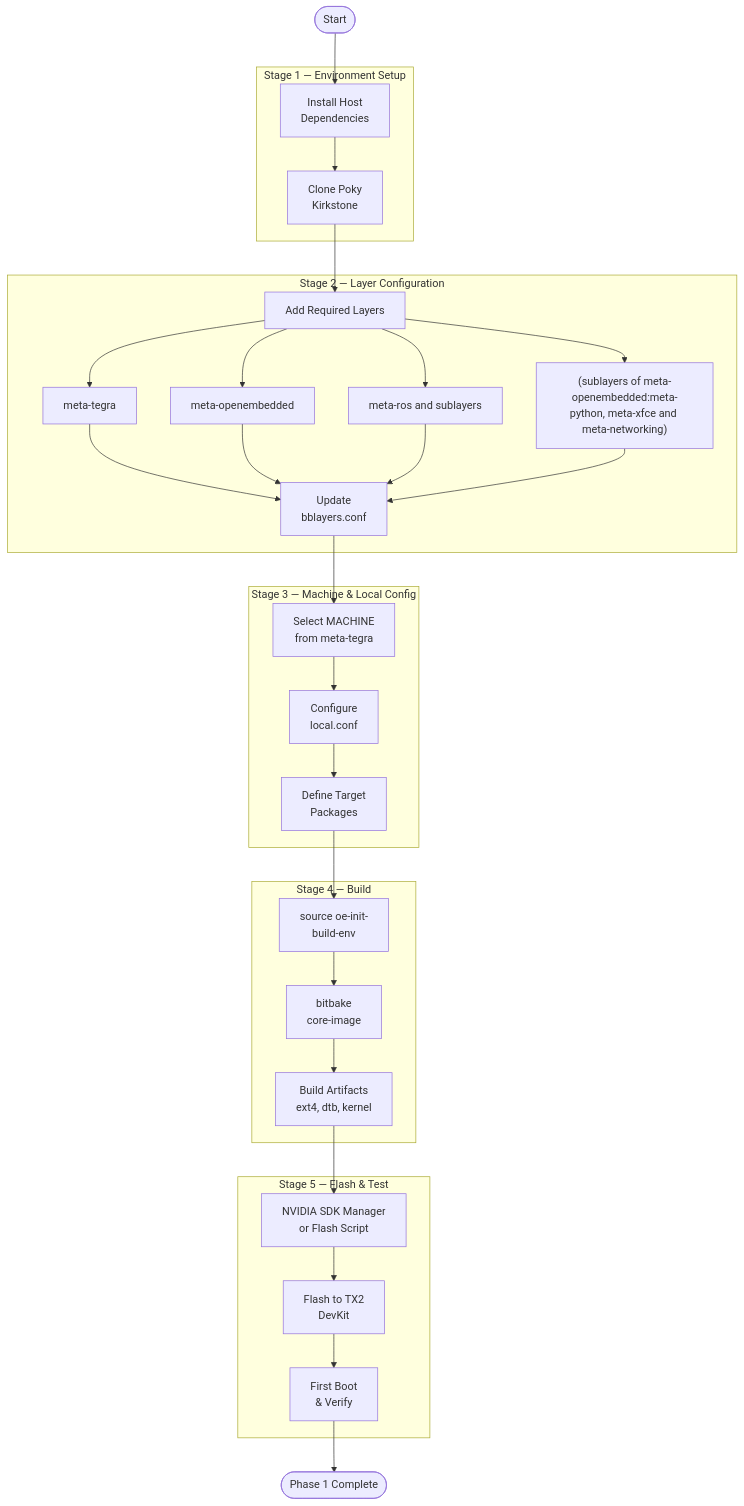
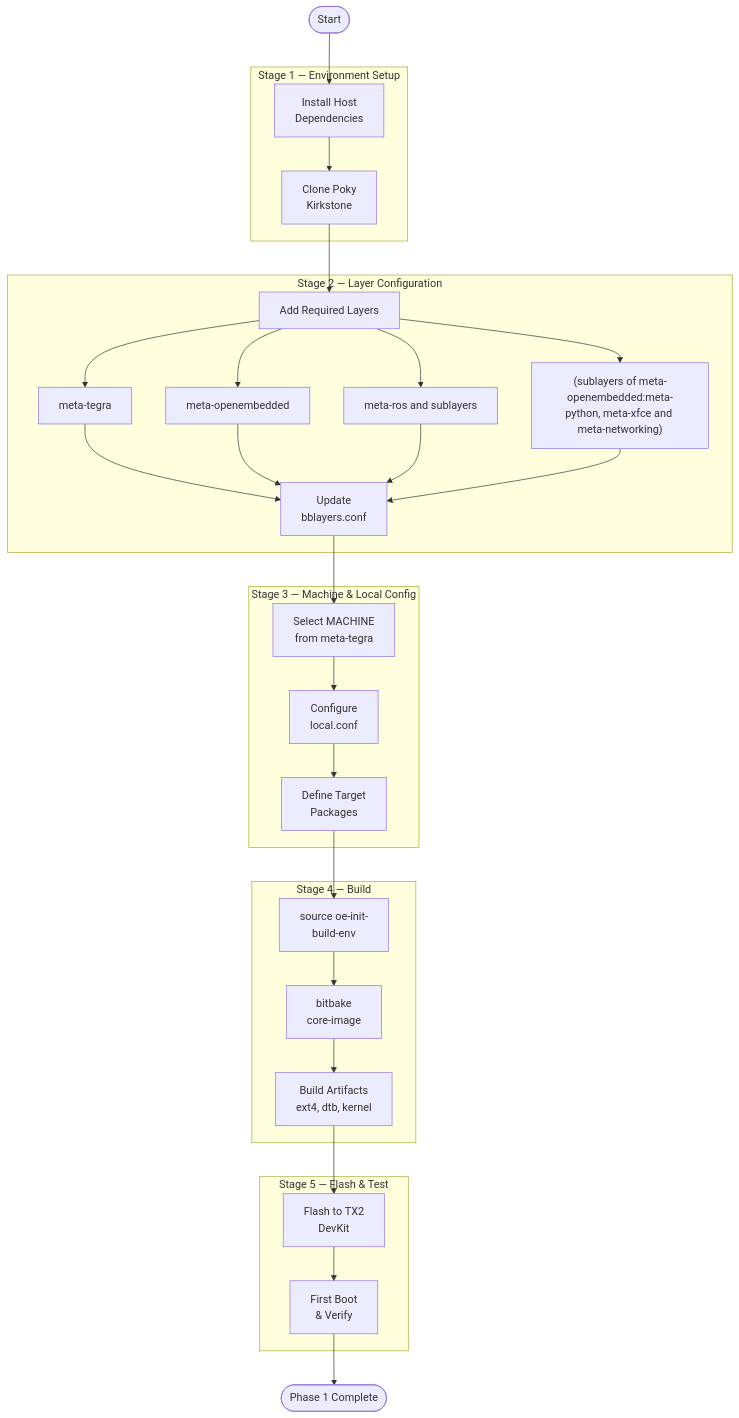
One commit to ajaymrk95/yocto-project-build-docs changed the diagram in docs/phase1/index.md. Above: the diagram before and after it, drawn with Mermaid. The commit also changed other lines of this file and 12 other files, not shown here.

```diff
--- a/docs/phase1/index.md
+++ b/docs/phase1/index.md
@@ -28,40 +21,39 @@
 <pre class="mermaid">
 flowchart TD
     START(["Start"]) --> ENV
 
     subgraph S1["Stage 1 — Environment Setup"]
         ENV["Install Host\nDependencies"] --> CLONE["Clone Poky\nKirkstone"]
     end
 
     subgraph S2["Stage 2 — Layer Configuration"]
         CLONE --> LAYERS["Add Required Layers"]
         LAYERS --> L1["meta-tegra"]
         LAYERS --> L2["meta-openembedded"]
         LAYERS --> L3["meta-ros and sublayers"]
         LAYERS --> L4["(sublayers of meta-openembedded:meta-python, meta-xfce and meta-networking)"]
         L1 --> BBLAYERS["Update\nbblayers.conf"]
         L2 --> BBLAYERS
         L3 --> BBLAYERS
         L4 --> BBLAYERS
     end
 
     subgraph S3["Stage 3 — Machine & Local Config"]
         BBLAYERS --> MACHINE["Select MACHINE\nfrom meta-tegra"]
         MACHINE --> LOCAL["Configure\nlocal.conf"]
         LOCAL --> PACKAGES["Define Target\nPackages"]
     end
 
     subgraph S4["Stage 4 — Build"]
         PACKAGES --> INIT["source oe-init-\nbuild-env"]
         INIT --> BITBAKE["bitbake\ncore-image"]
         BITBAKE --> ARTIFACTS["Build Artifacts\next4, dtb, kernel"]
     end
 
     subgraph S5["Stage 5 — Flash & Test"]
-        ARTIFACTS --> SDK["NVIDIA SDK Manager\nor Flash Script"]
-        SDK --> FLASH["Flash to TX2\nDevKit"]
+        ARTIFACTS --> FLASH["Flash to TX2\nDevKit"]
         FLASH --> BOOT["First Boot\n& Verify"]
     end
 
     BOOT --> DONE(["Phase 1 Complete"])
 </pre>
```
